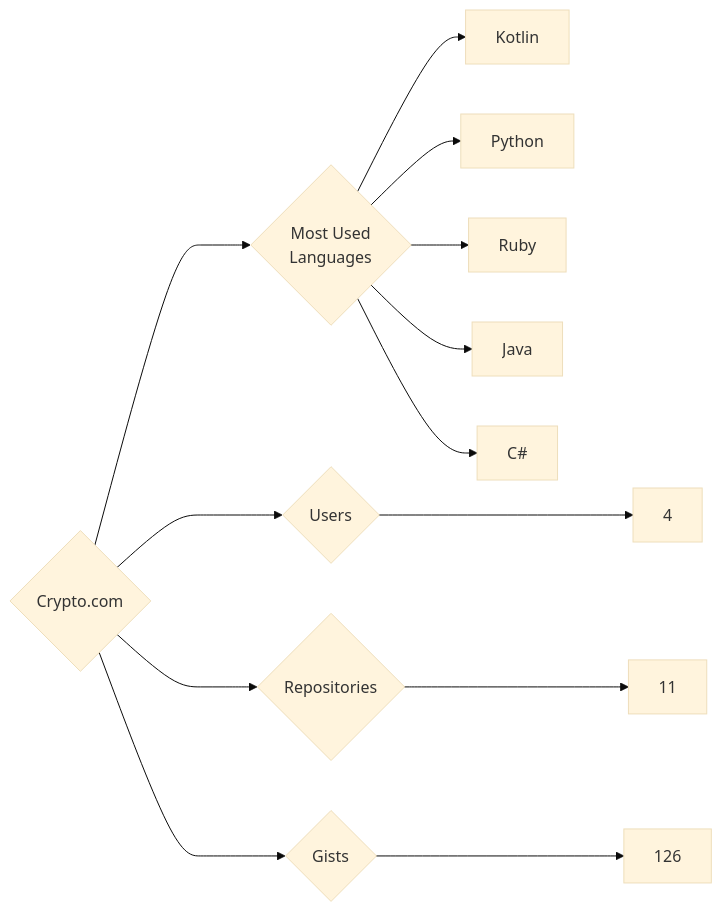
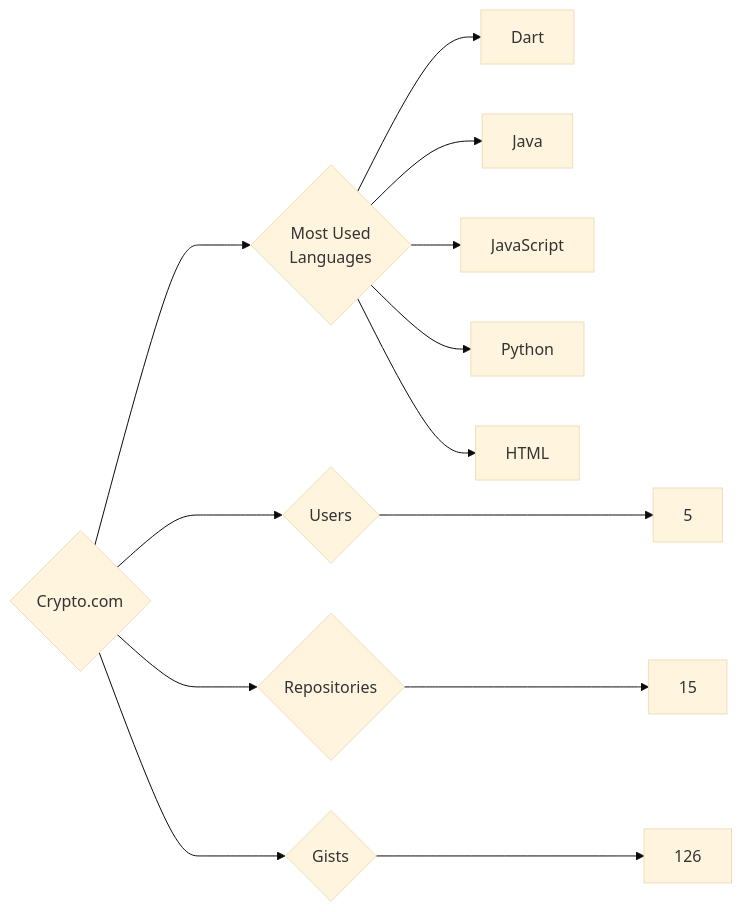
One commit to trickest/insiders changed the diagram in targets/Crypto.com/README.md. Above: the diagram before and after it, drawn with Mermaid (base theme). The commit also changed 985 other files, not shown here.

````diff
--- a/targets/Crypto.com/README.md
+++ b/targets/Crypto.com/README.md
@@ -3,13 +3,13 @@
 ```mermaid
 graph LR
 COMPANY_NAME{Crypto.com}
-COMPANY_NAME ---> U{Users} ---> UN[4]
-COMPANY_NAME ---> R{Repositories} ---> RN[11]
+COMPANY_NAME ---> U{Users} ---> UN[5]
+COMPANY_NAME ---> R{Repositories} ---> RN[15]
 COMPANY_NAME ---> G{Gists} ---> GN[126]
 COMPANY_NAME ---> ML{Most Used<br>Languages}
-ML --> Kotlin[Kotlin]
+ML --> Dart[Dart]
+ML --> Java[Java]
+ML --> JavaScript[JavaScript]
 ML --> Python[Python]
-ML --> Ruby[Ruby]
-ML --> Java[Java]
-ML --> C#[C#]
+ML --> HTML[HTML]
 ```
````
